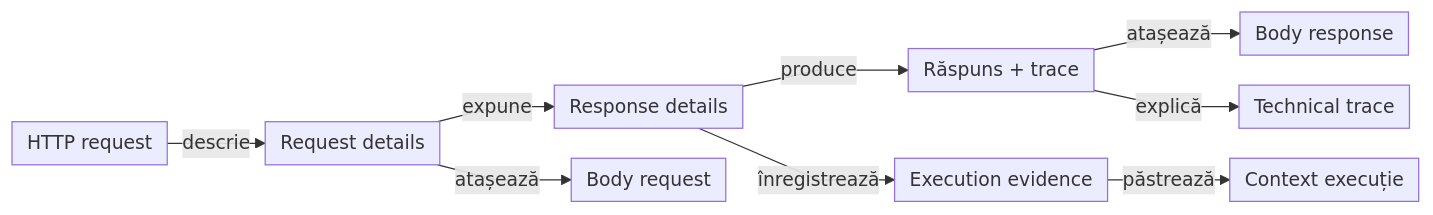
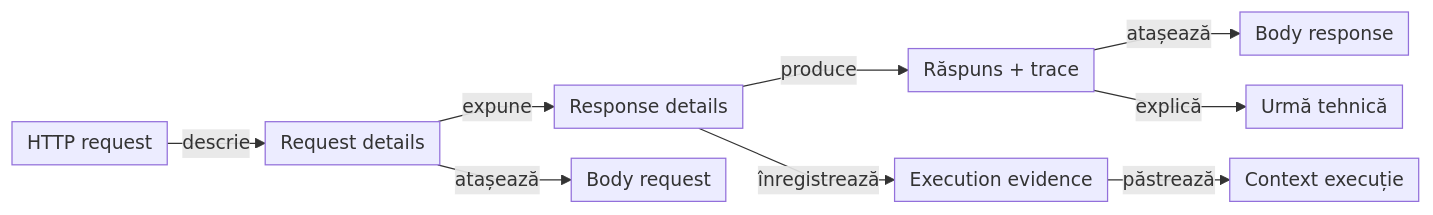
Before and after one commit to crististefanita/atf_j0: the fourth of 11 diagrams in docs/ATF_Reporting_Contract.md, drawn with Mermaid. The commit also changed other lines of this file and 113 other files, not shown here.

````diff
--- a/docs/ATF_Reporting_Contract.md
+++ b/docs/ATF_Reporting_Contract.md
@@ -382,12 +345,12 @@
 ```mermaid
 %%{init: {"themeVariables":{"fontSize":"15px"},"themeCSS":".nodeLabel, .nodeLabel p { font-size: 15px !important; line-height: 1.35 !important; } .edgeLabel, .edgeLabel p { font-size: 12px !important; font-weight: 400 !important; line-height: 1.2 !important; } .edgeLabel .labelBkg, .edgeLabel p { background: transparent !important; } .edgeLabel foreignObject { transform: translateY(-18px); overflow: visible; } .node rect { rx: 6px; ry: 6px; } .edgeLabel [data-id=\"L_ResponseDetails_Execution_0\"] foreignObject { transform: translate(0px, -28px); }","flowchart":{"curve":"linear","nodeSpacing":24,"rankSpacing":24,"padding":6,"diagramPadding":20}}}%%
 flowchart LR
     Request[HTTP request] -->|descrie| RequestDetails["Request details"]
     RequestDetails -->|expune| ResponseDetails["Response details"]
     RequestDetails -->|atașează| RequestBody["Body request"]
     ResponseDetails -->|produce| ResponseEvidence["Răspuns + trace"]
     ResponseDetails -->|înregistrează| Execution["Execution evidence"]
     ResponseEvidence -->|atașează| ResponseBody["Body response"]
-    ResponseEvidence -->|explică| Trace["Technical trace"]
+    ResponseEvidence -->|explică| Trace["Urmă tehnică"]
     Execution -->|păstrează| ExecutionContext["Context execuție"]
 ```
````
